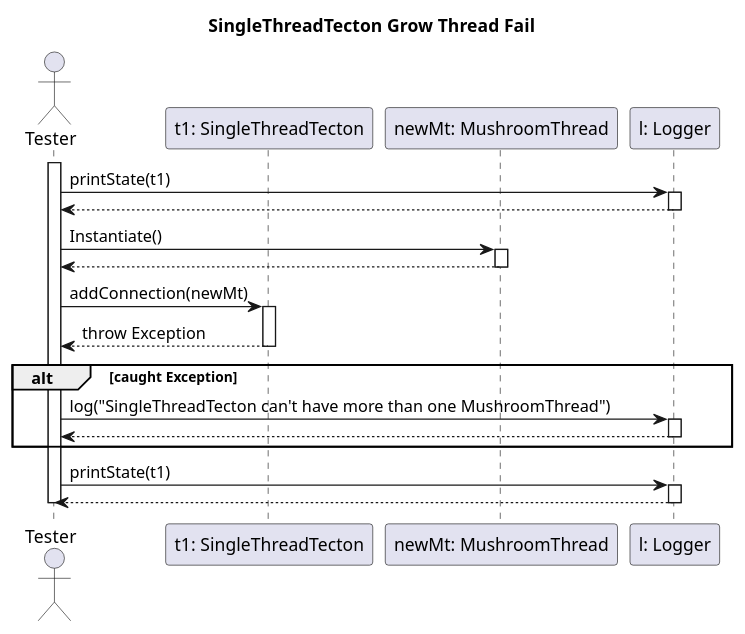
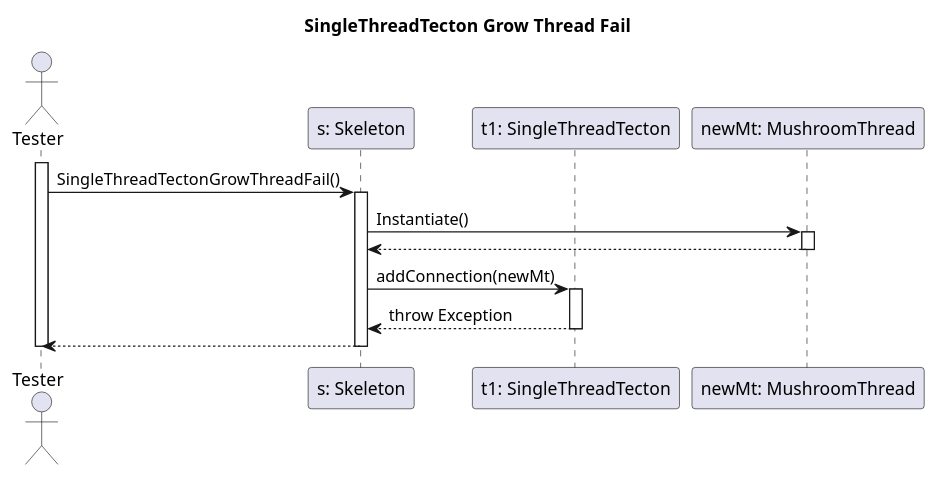
One commit to dzsem/projlab changed the diagram in diagrams/test-sequence/singleThreadTectonGrowThreadFail.puml. Above: the diagram before and after it, drawn with PlantUML.

Commit message:
removed logger and added skeleton to singleThreadTectonGrowThreadFail

```diff
--- a/diagrams/test-sequence/singleThreadTectonGrowThreadFail.puml
+++ b/diagrams/test-sequence/singleThreadTectonGrowThreadFail.puml
@@ -1,42 +1,31 @@
 @startuml tectonGrowThreadTest
 
 title SingleThreadTecton Grow Thread Fail
 
 actor "Tester" as tst
+participant "s: Skeleton" as s
 participant "t1: SingleThreadTecton" as t1
 participant "newMt: MushroomThread" as newMt
-participant "l: Logger" as l
 
 activate tst
 
-tst -> l: printState(t1)
-activate l
-tst <-- l
-deactivate l
+tst -> s: SingleThreadTectonGrowThreadFail()
+activate s
 
-tst -> newMt: Instantiate()
+s -> newMt: Instantiate()
 activate newMt
-tst <-- newMt
+s <-- newMt
 deactivate newMt
 
-tst -> t1: addConnection(newMt)
+s -> t1: addConnection(newMt)
 activate t1
 
-tst <-- t1: throw Exception
+s <-- t1: throw Exception
 deactivate t1
 
-alt caught Exception
-    tst -> l: log("SingleThreadTecton can't have more than one MushroomThread")
-    activate l
-    tst <-- l
-    deactivate l    
-end
-
-tst -> l: printState(t1)
-activate l
-tst <-- l
-deactivate l
+tst <-- s
+deactivate s
 
 deactivate tst
 
 @enduml
```
